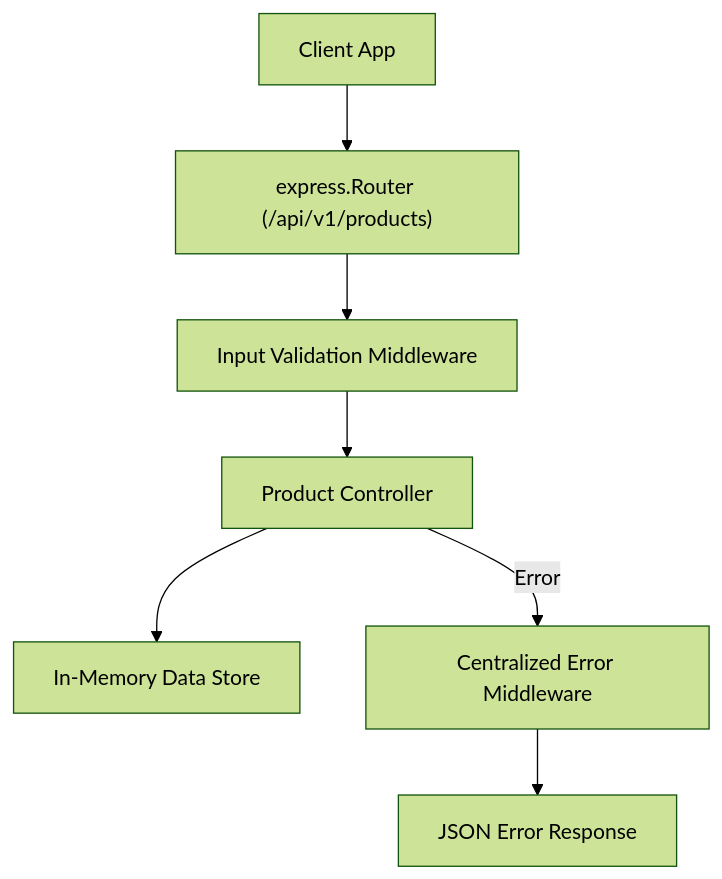
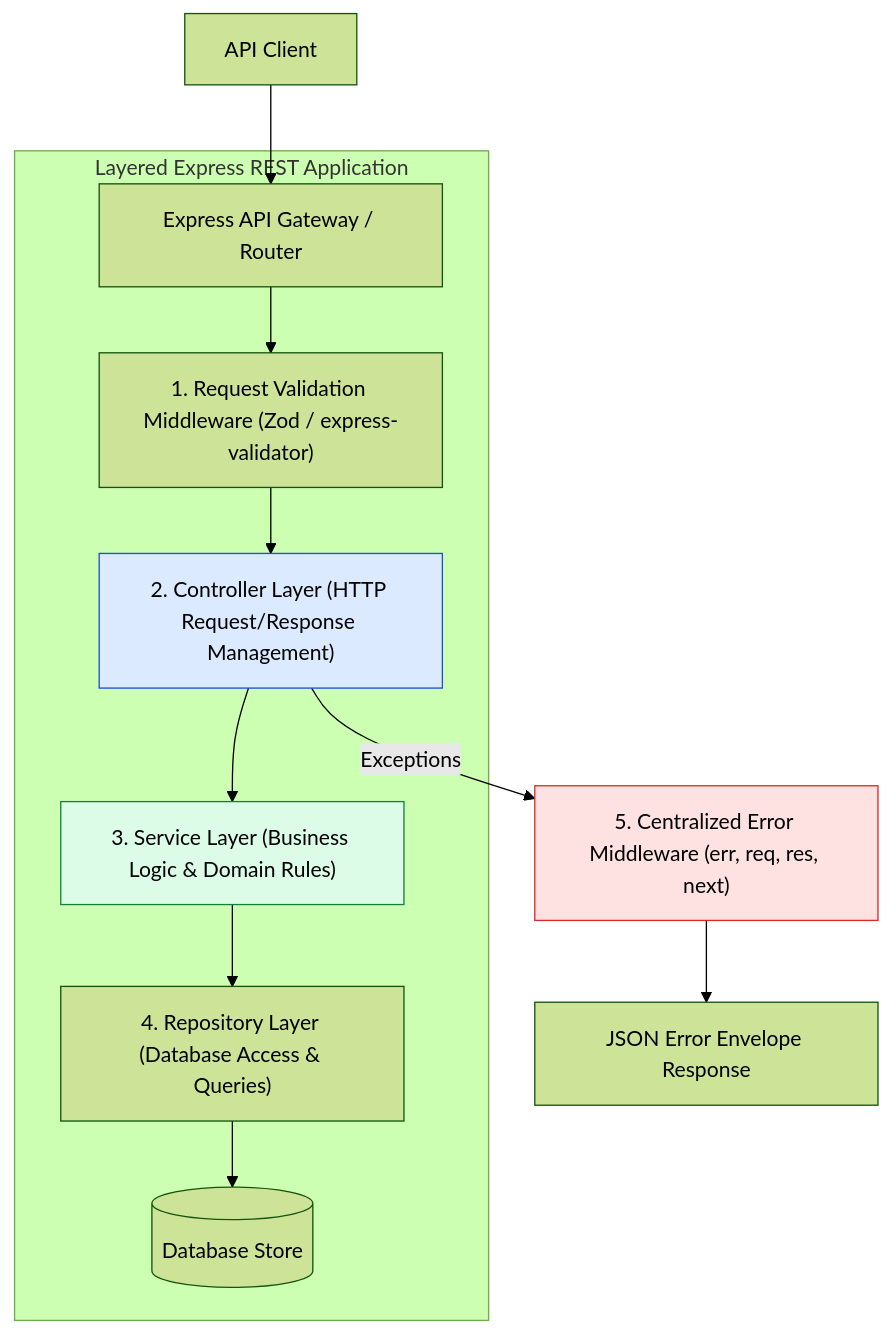
One commit to Amie-dev/engineering-playbook changed the first of 3 diagrams in express-notes/24-project-rest-api.md. Above: the diagram before and after it, drawn with Mermaid (forest theme). The commit also changed other lines of this file and 26 other files, not shown here.

````diff
--- a/express-notes/24-project-rest-api.md
+++ b/express-notes/24-project-rest-api.md
@@ -10,10 +13,19 @@
 ```mermaid
 flowchart TD
-    Client[Client App] --> Router["express.Router (/api/v1/products)"]
-    Router --> Validator[Input Validation Middleware]
-    Validator --> Controller[Product Controller]
-    Controller --> Store[In-Memory Data Store]
-    
-    Controller -- "Error" --> ErrorMw[Centralized Error Middleware]
-    ErrorMw --> JSONError[JSON Error Response]
+    Client[API Client] --> Gateway[Express API Gateway / Router]
+
+    subgraph Layered Express REST Application
+        Gateway --> ValMw["1. Request Validation Middleware (Zod / express-validator)"]
+        ValMw --> Controller["2. Controller Layer (HTTP Request/Response Management)"]
+        Controller --> Service["3. Service Layer (Business Logic & Domain Rules)"]
+        Service --> Repository["4. Repository Layer (Database Access & Queries)"]
+        Repository --> DB[(Database Store)]
+    end
+
+    Controller -- "Exceptions" --> CentralErr["5. Centralized Error Middleware (err, req, res, next)"]
+    CentralErr --> ErrorRes[JSON Error Envelope Response]
+
+    style Controller fill:#dbeafe,stroke:#1d4ed8
+    style Service fill:#dcfce7,stroke:#15803d
+    style CentralErr fill:#fee2e2,stroke:#dc2626
 ```
````
